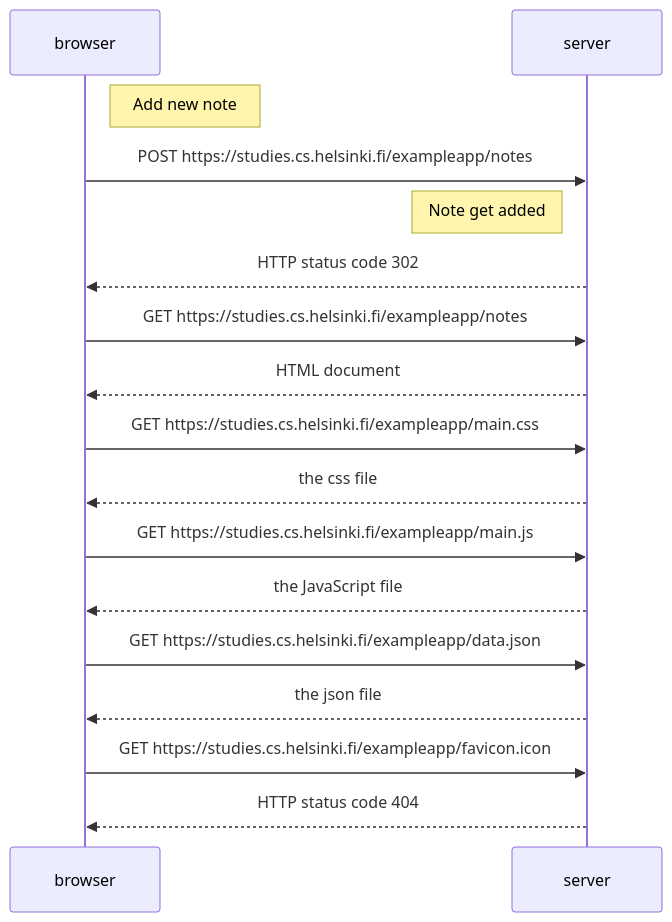
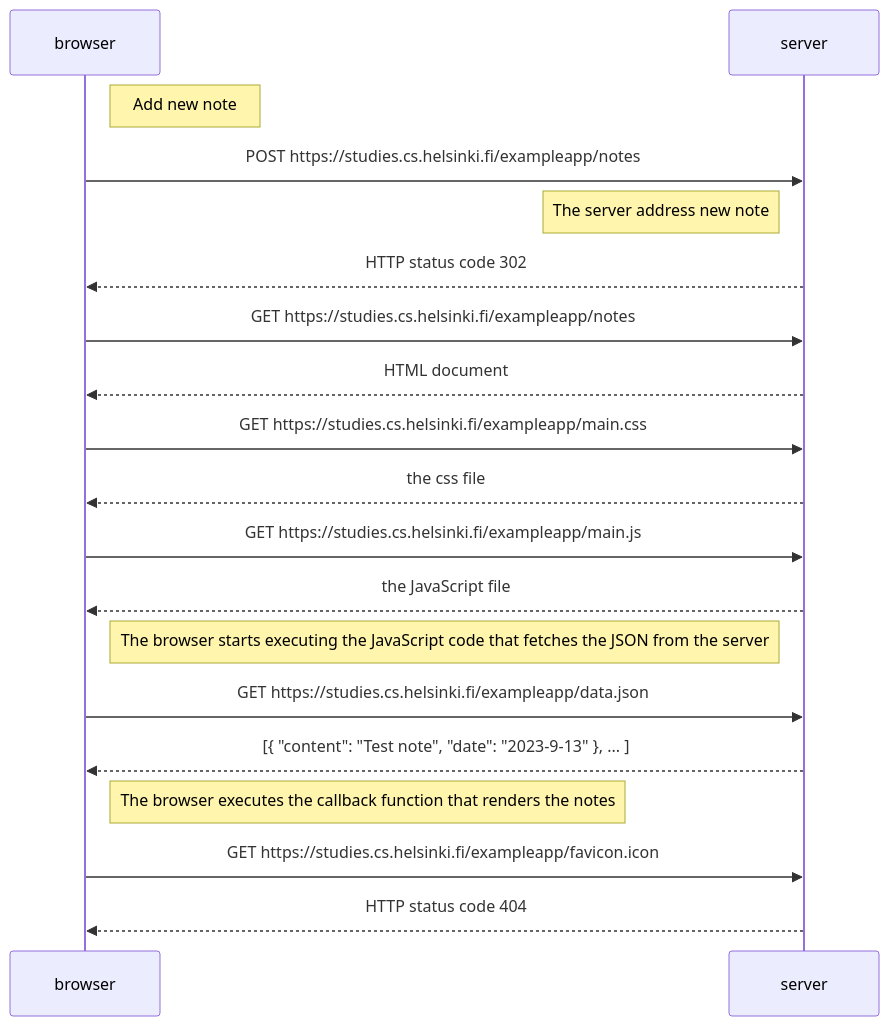
Before and after one commit to lasanthamudalige/full-stack-open-2023: the diagram in part0/0.4_new_note_diagram.md, drawn with Mermaid.

Commit message:
Update 0.4_new_note_diagram.md
update readme

````diff
--- a/part0/0.4_new_note_diagram.md
+++ b/part0/0.4_new_note_diagram.md
@@ -1,25 +1,28 @@
 ```mermaid
  sequenceDiagram
     participant browser
     participant server
 
     Note right of browser: Add new note
     browser->>server: POST https://studies.cs.helsinki.fi/exampleapp/notes
-    Note left of server: Note get added 
+
+    Note left of server:  The server address new note
     server-->>browser: HTTP status code 302
 
     browser->>server: GET https://studies.cs.helsinki.fi/exampleapp/notes
     server-->>browser: HTML document
 
     browser->>server: GET https://studies.cs.helsinki.fi/exampleapp/main.css
     server-->>browser: the css file
 
     browser->>server: GET https://studies.cs.helsinki.fi/exampleapp/main.js
     server-->>browser: the JavaScript file
 
+    Note right of browser: The browser starts executing the JavaScript code that fetches the JSON from the server   
     browser->>server: GET https://studies.cs.helsinki.fi/exampleapp/data.json
-    server-->>browser: the json file
+    server-->>browser: [{ "content": "Test note", "date": "2023-9-13" }, ... ]
+    Note right of browser: The browser executes the callback function that renders the notes
 
     browser->>server: GET https://studies.cs.helsinki.fi/exampleapp/favicon.icon
     server-->>browser: HTTP status code 404
 ```
````
